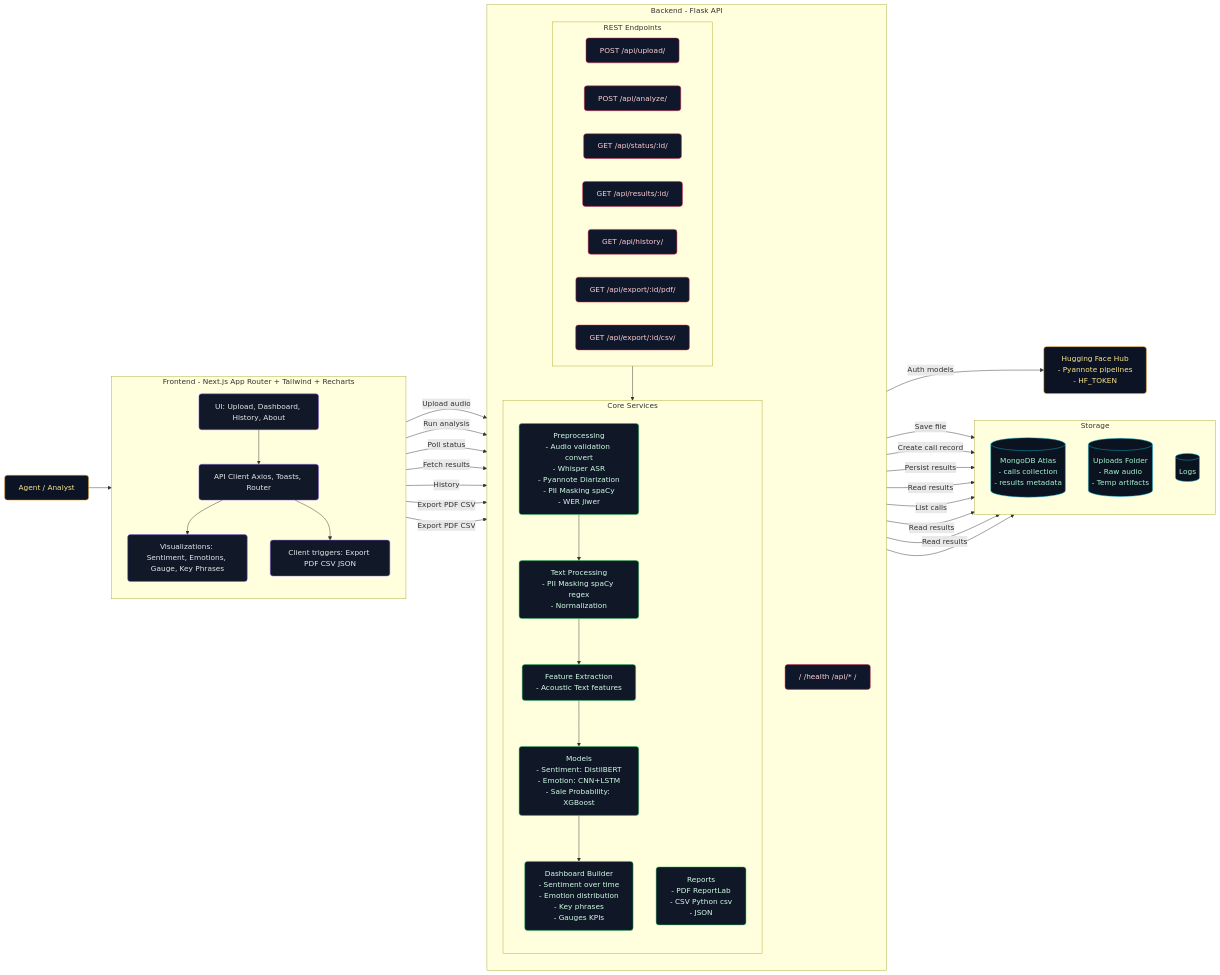
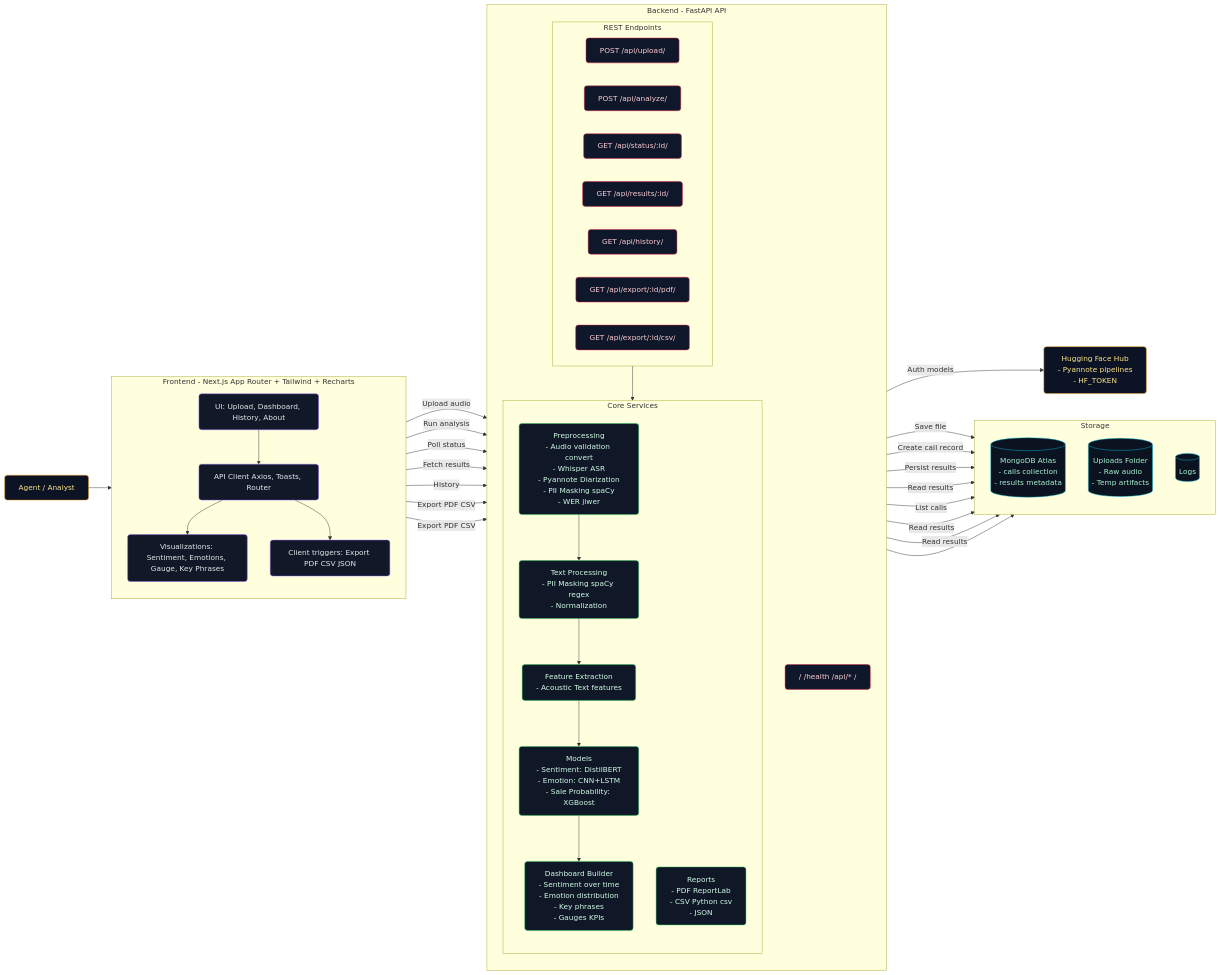
The first of 3 diagrams in Document/ARCHITECTURE_DIAGRAMS.md (NxtGen-Dev-ZAH/RealtimeCallSemanticAnal), drawn with Mermaid before and after one commit. The commit also changed other lines of this file and 53 other files, not shown here.

```diff
--- a/Document/ARCHITECTURE_DIAGRAMS.md
+++ b/Document/ARCHITECTURE_DIAGRAMS.md
@@ -25,7 +25,7 @@
   end
 
   %% Backend
-  subgraph BE["Backend - Flask API"]
+  subgraph BE["Backend - FastAPI API"]
     direction TB
 
     API_Root["/ /health /api/* /"]:::io
```
